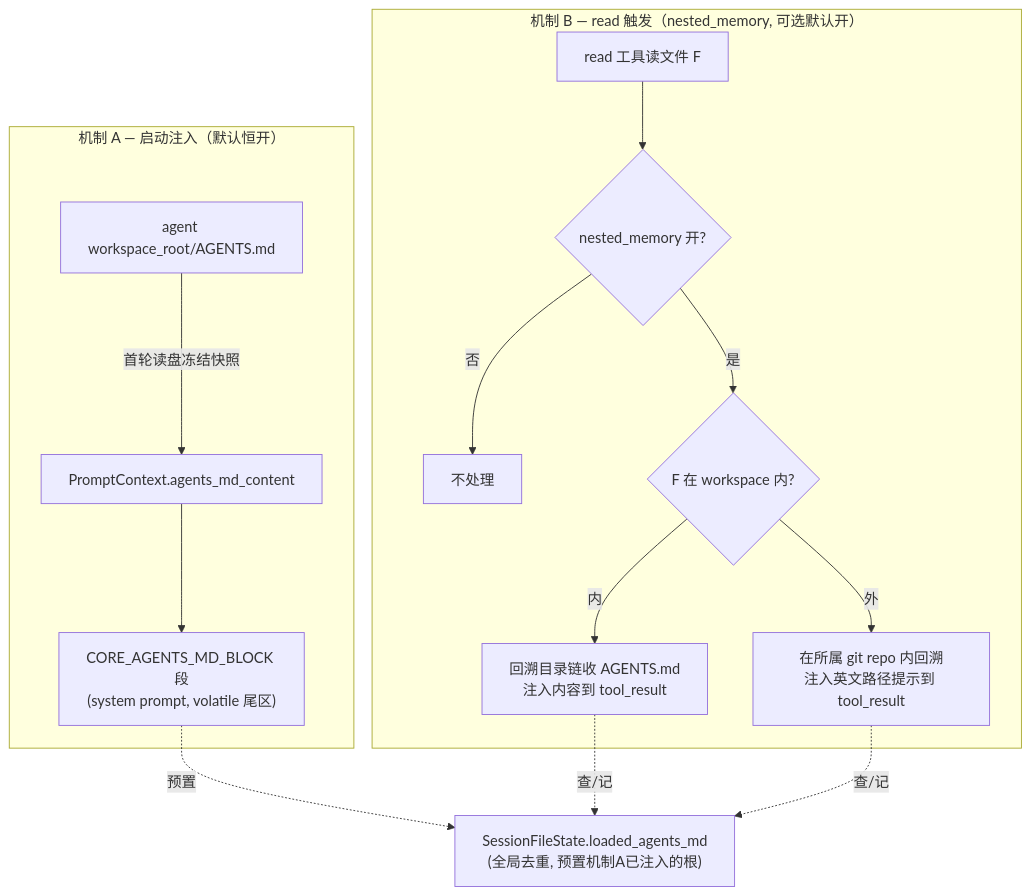
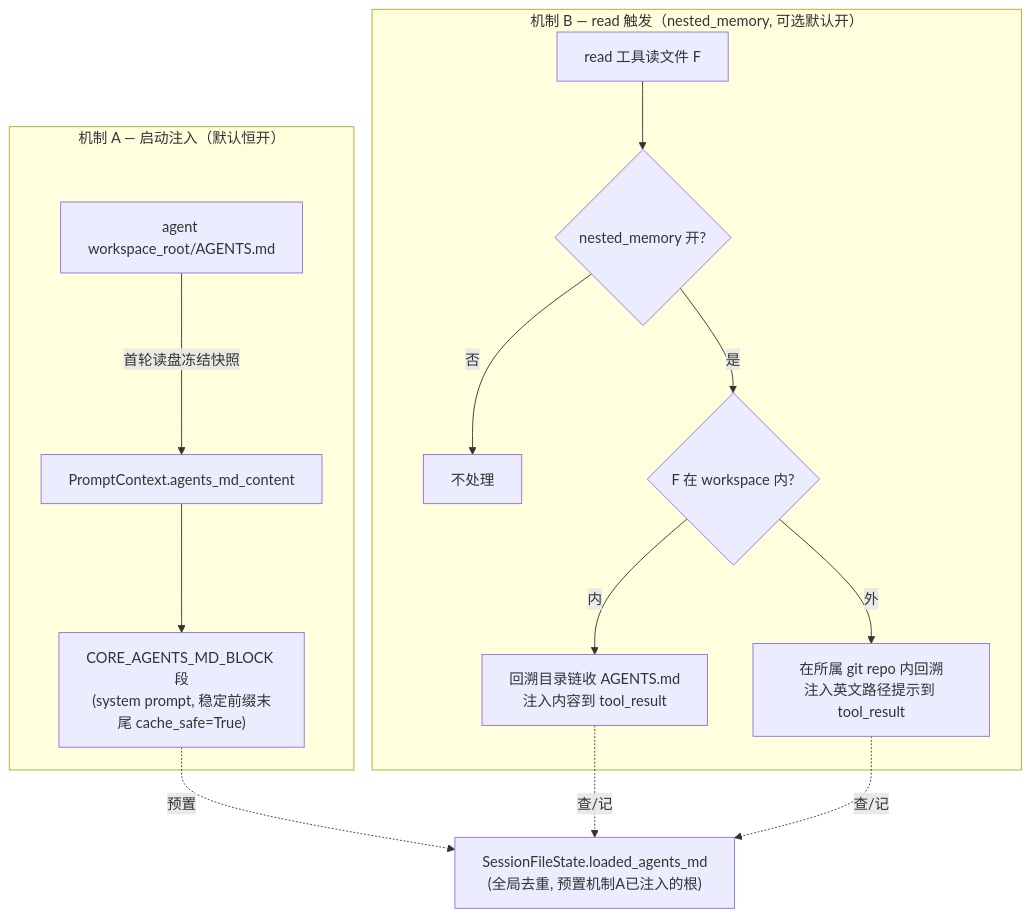
The first of 2 diagrams in docs/changes/feat-428-nested-project-instructions/design.md (Mrchen116/nano-multiagent), drawn with Mermaid before and after one commit. The commit also changed other lines of this file, not shown here.

Commit message:
docs(feat-428): 采纳 design-review — 机制A CORE_AGENTS_MD_BLOCK 改 cache_safe=True(按变化画像置稳定前缀末尾) + 3条 worker 注意

````diff
--- a/docs/changes/feat-428-nested-project-instructions/design.md
+++ b/docs/changes/feat-428-nested-project-instructions/design.md
@@ -53,18 +53,18 @@
 ```mermaid
 graph TD
   subgraph 机制A["机制 A — 启动注入（默认恒开）"]
     WS["agent workspace_root/AGENTS.md"] -->|首轮读盘冻结快照| SNAP["PromptContext.agents_md_content"]
-    SNAP --> SEG["CORE_AGENTS_MD_BLOCK 段<br/>(system prompt, volatile 尾区)"]
+    SNAP --> SEG["CORE_AGENTS_MD_BLOCK 段<br/>(system prompt, 稳定前缀末尾 cache_safe=True)"]
   end
   subgraph 机制B["机制 B — read 触发（nested_memory, 可选默认开）"]
     READ["read 工具读文件 F"] --> CHK{"nested_memory 开?"}
     CHK -->|否| SKIP["不处理"]
     CHK -->|是| INOUT{"F 在 workspace 内?"}
     INOUT -->|内| CONT["回溯目录链收 AGENTS.md<br/>注入内容到 tool_result"]
     INOUT -->|外| HINT["在所属 git repo 内回溯<br/>注入英文路径提示到 tool_result"]
   end
   DEDUP["SessionFileState.loaded_agents_md<br/>(全局去重, 预置机制A已注入的根)"]
   SEG -.预置.-> DEDUP
   CONT -.查/记.-> DEDUP
   HINT -.查/记.-> DEDUP
 ```
````
